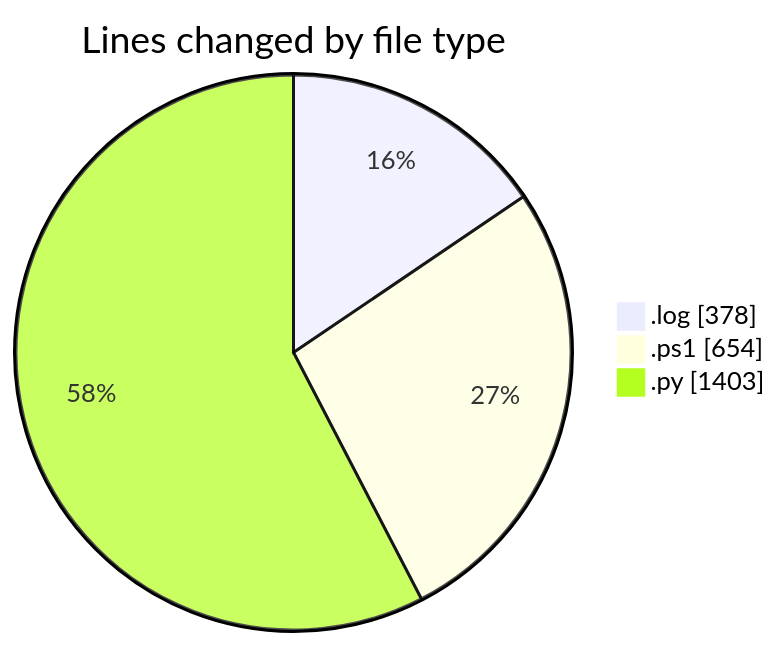
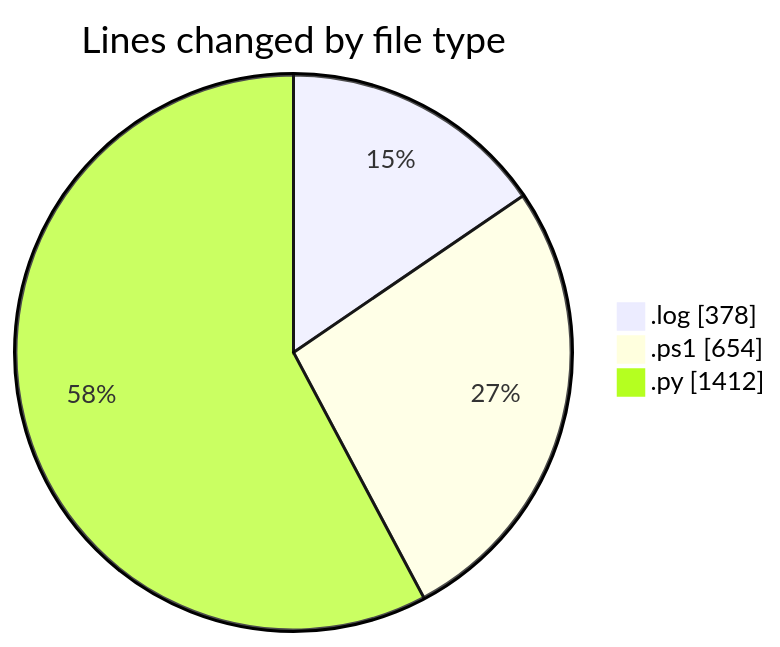
One commit to shibass792/code-tracking changed the first of 2 diagrams in 2026-07-08/twenty_versions_aminor/README.md. Above: the diagram before and after it, drawn with Mermaid. The commit also changed other lines of this file and 1 other file, not shown here.

````diff
--- a/2026-07-08/twenty_versions_aminor/README.md
+++ b/2026-07-08/twenty_versions_aminor/README.md
@@ -23,7 +23,7 @@
 ```mermaid
 pie showData
 title Lines changed by file type
 ".log" : 378
 ".ps1" : 654
-".py" : 1403
+".py" : 1412
 ```
````
